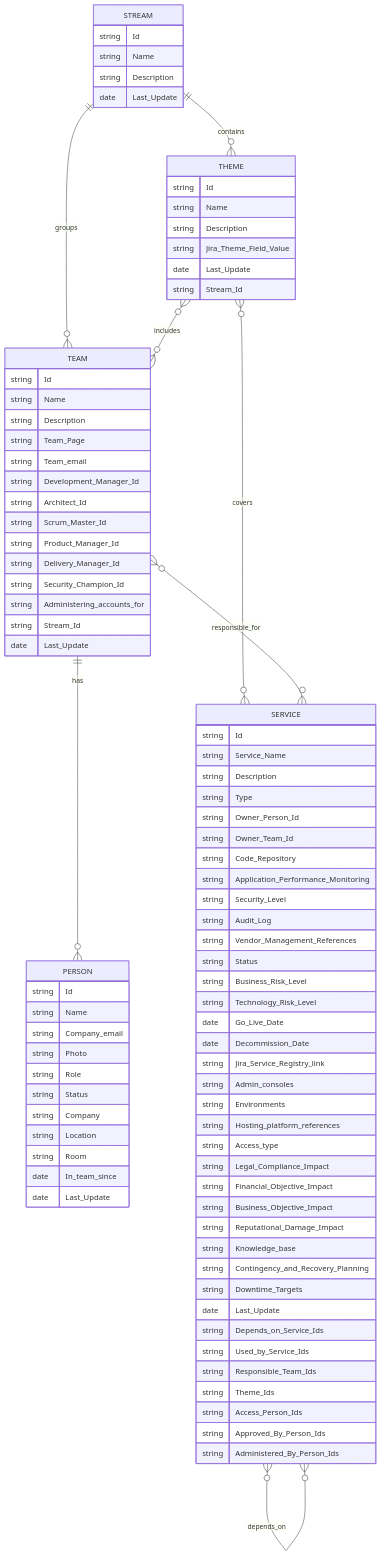
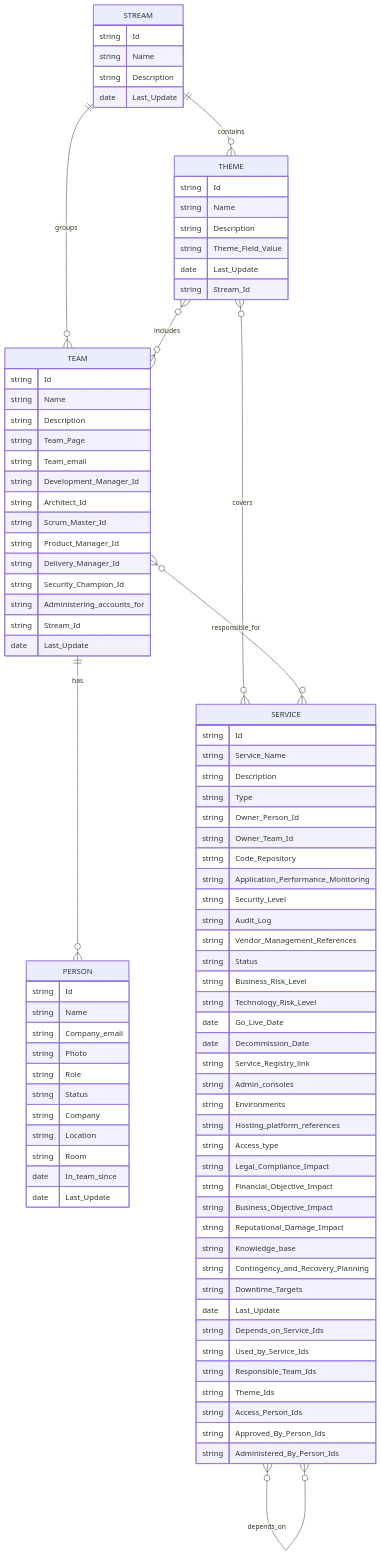
Before and after one commit to francesconicolosi/domino-service-dependency-map: the diagram in README.md, drawn with Mermaid. The commit also changed other lines of this file and 2 other files, not shown here.

Commit message:
Fixing service enhancer and drawer for list view

```diff
--- a/README.md
+++ b/README.md
@@ -172,7 +172,7 @@
         string Id
         string Name
         string Description
-        string Jira_Theme_Field_Value
+        string Theme_Field_Value
         date   Last_Update
         string Stream_Id
     }
@@ -225,7 +225,7 @@
         string Technology_Risk_Level
         date   Go_Live_Date
         date   Decommission_Date
-        string Jira_Service_Registry_link
+        string Service_Registry_link
         string Admin_consoles
         string Environments
         string Hosting_platform_references
```
